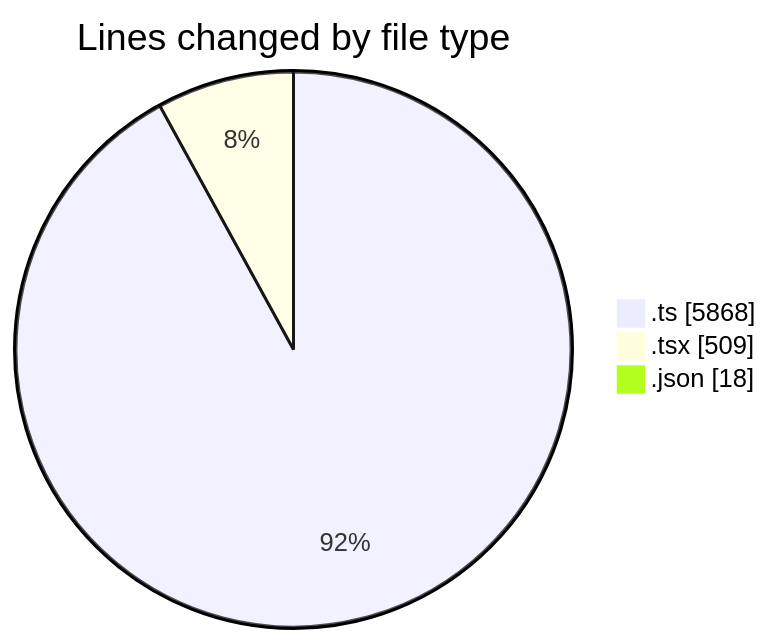
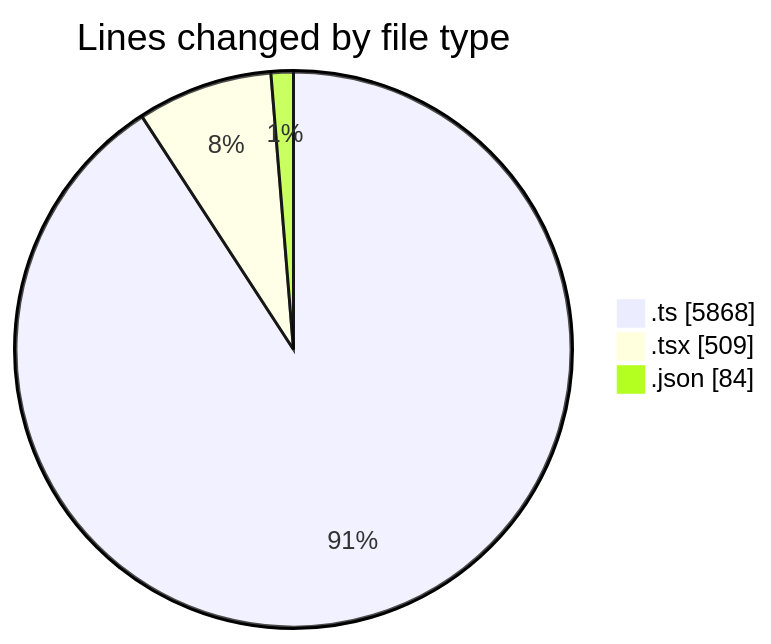
One commit to momahboobian/code-tracking changed the first of 2 diagrams in 2025-11-28/cda/README.md. Above: the diagram before and after it, drawn with Mermaid. The commit also changed other lines of this file and 1 other file, not shown here.

````diff
--- a/2025-11-28/cda/README.md
+++ b/2025-11-28/cda/README.md
@@ -25,7 +26,7 @@
 ```mermaid
 pie showData
 title Lines changed by file type
 ".ts" : 5868
 ".tsx" : 509
-".json" : 18
+".json" : 84
 ```
````
